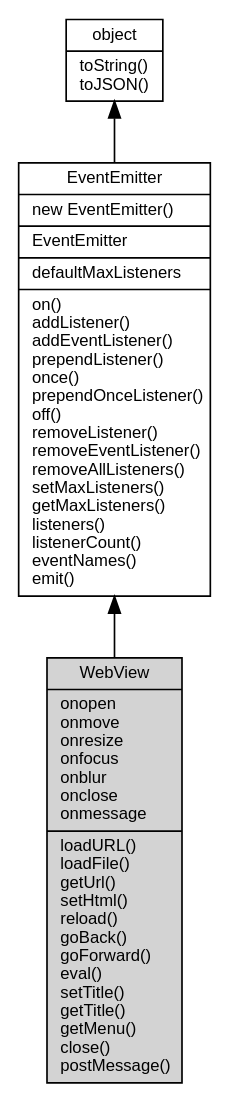
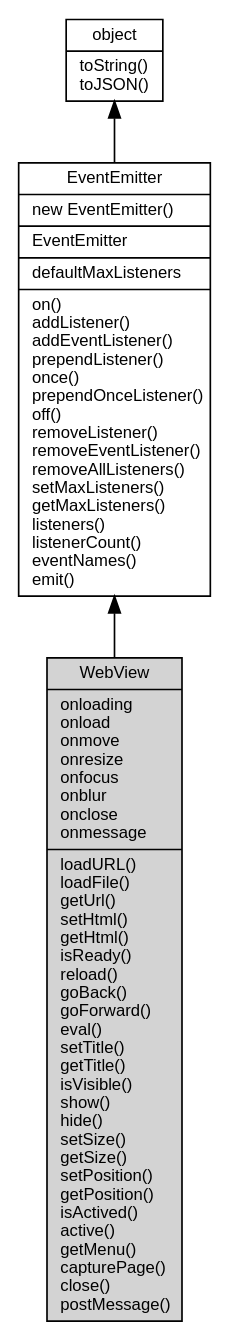
One commit to fibjs/fibjs.org changed the diagram in docs/manual/object/ifs/WebView.md. Above: the diagram before and after it, drawn with Graphviz. The commit also changed other lines of this file and 1 other file, not shown here.

````diff
--- a/docs/manual/object/ifs/WebView.md
+++ b/docs/manual/object/ifs/WebView.md
@@ -55,12 +52,12 @@
 ```dot
 digraph {
     node [fontname="Helvetica,sans-Serif", fontsize=10, shape="record", style="filled", fillcolor="white"];
 
     object [tooltip="object", URL="object.md", label="{object|toString()\ltoJSON()\l}"];
     EventEmitter [tooltip="EventEmitter", URL="EventEmitter.md", label="{EventEmitter|new EventEmitter()\l|EventEmitter\l|defaultMaxListeners\l|on()\laddListener()\laddEventListener()\lprependListener()\lonce()\lprependOnceListener()\loff()\lremoveListener()\lremoveEventListener()\lremoveAllListeners()\lsetMaxListeners()\lgetMaxListeners()\llisteners()\llistenerCount()\leventNames()\lemit()\l}"];
-    WebView [tooltip="WebView", fillcolor="lightgray", id="me", label="{WebView|onopen\lonmove\lonresize\lonfocus\lonblur\lonclose\lonmessage\l|loadURL()\lloadFile()\lgetUrl()\lsetHtml()\lreload()\lgoBack()\lgoForward()\leval()\lsetTitle()\lgetTitle()\lgetMenu()\lclose()\lpostMessage()\l}"];
+    WebView [tooltip="WebView", fillcolor="lightgray", id="me", label="{WebView|onloading\lonload\lonmove\lonresize\lonfocus\lonblur\lonclose\lonmessage\l|loadURL()\lloadFile()\lgetUrl()\lsetHtml()\lgetHtml()\lisReady()\lreload()\lgoBack()\lgoForward()\leval()\lsetTitle()\lgetTitle()\lisVisible()\lshow()\lhide()\lsetSize()\lgetSize()\lsetPosition()\lgetPosition()\lisActived()\lactive()\lgetMenu()\lcapturePage()\lclose()\lpostMessage()\l}"];
 
     object -> EventEmitter [dir=back];
     EventEmitter -> WebView [dir=back];
 }
 ```
````
